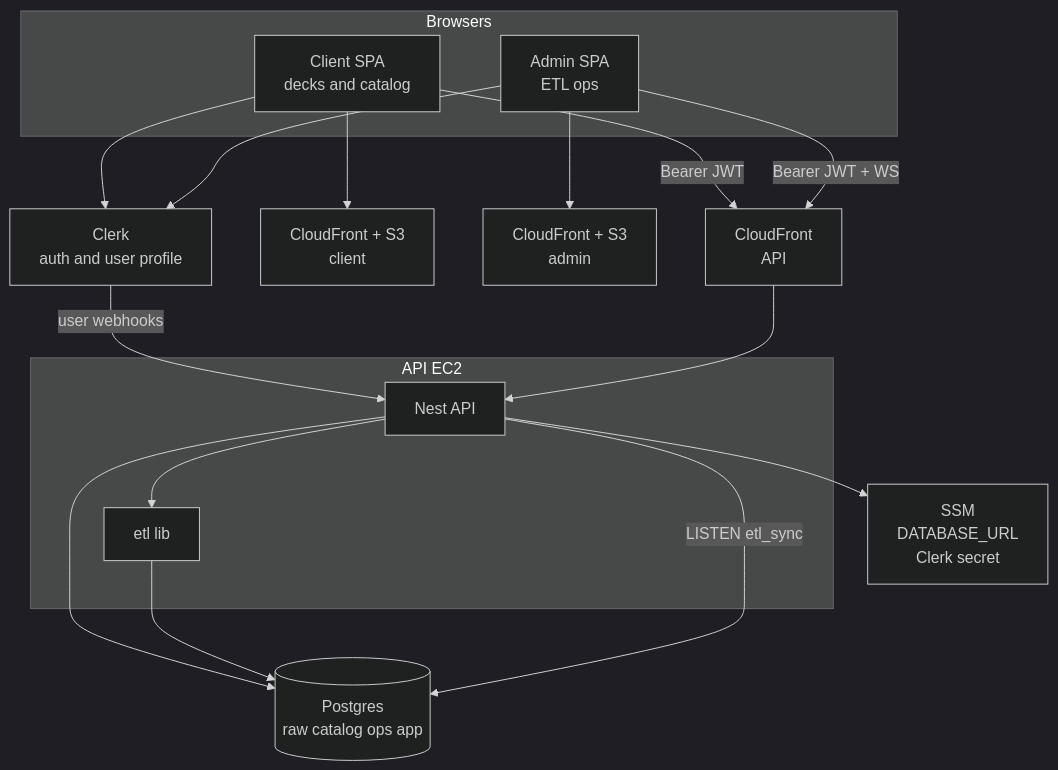
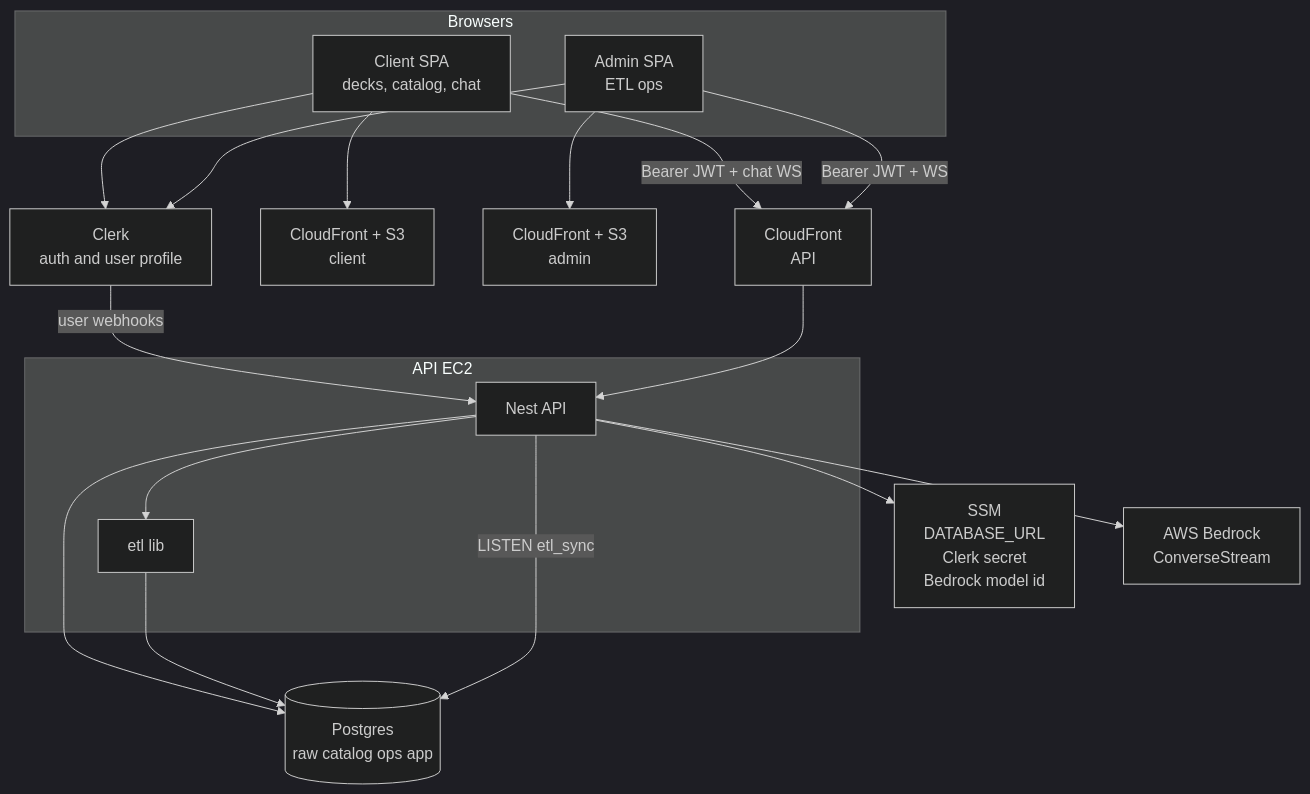
Before and after one commit to kevinmccartney/respark: the diagram in docs/diagrams/system.mmd, drawn with Mermaid (dark theme). The commit also changed 117 other files, not shown here.

```diff
--- a/docs/diagrams/system.mmd
+++ b/docs/diagrams/system.mmd
@@ -1,32 +1,34 @@
 flowchart TB
   subgraph clients [Browsers]
-    Client["Client SPA<br/>decks and catalog"]
+    Client["Client SPA<br/>decks, catalog, chat"]
     Admin["Admin SPA<br/>ETL ops"]
   end
 
   Clerk["Clerk<br/>auth and user profile"]
   CFClient["CloudFront + S3<br/>client"]
   CFAdmin["CloudFront + S3<br/>admin"]
   CFApi["CloudFront<br/>API"]
 
   subgraph apiHost [API EC2]
     Nest["Nest API"]
     EtlLib["etl lib"]
   end
 
   RDS[("Postgres<br/>raw catalog ops app")]
-  SSM["SSM<br/>DATABASE_URL<br/>Clerk secret"]
+  SSM["SSM<br/>DATABASE_URL<br/>Clerk secret<br/>Bedrock model id"]
+  Bedrock["AWS Bedrock<br/>ConverseStream"]
 
   Client --> CFClient
   Admin --> CFAdmin
-  Client -->|"Bearer JWT"| CFApi
+  Client -->|"Bearer JWT + chat WS"| CFApi
   Admin -->|"Bearer JWT + WS"| CFApi
   Clerk -->|"user webhooks"| Nest
   Client --> Clerk
   Admin --> Clerk
   CFApi --> Nest
   Nest --> EtlLib
   Nest --> RDS
   EtlLib --> RDS
   Nest --> SSM
+  Nest --> Bedrock
   Nest -->|"LISTEN etl_sync"| RDS
```
